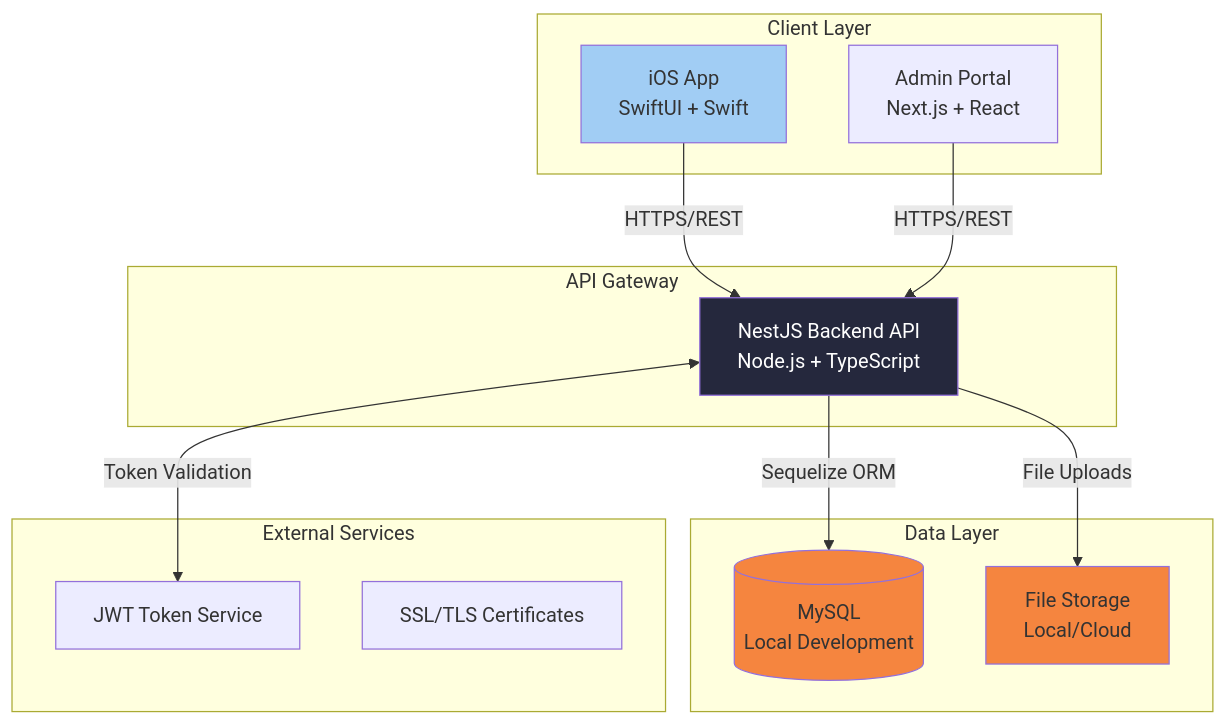
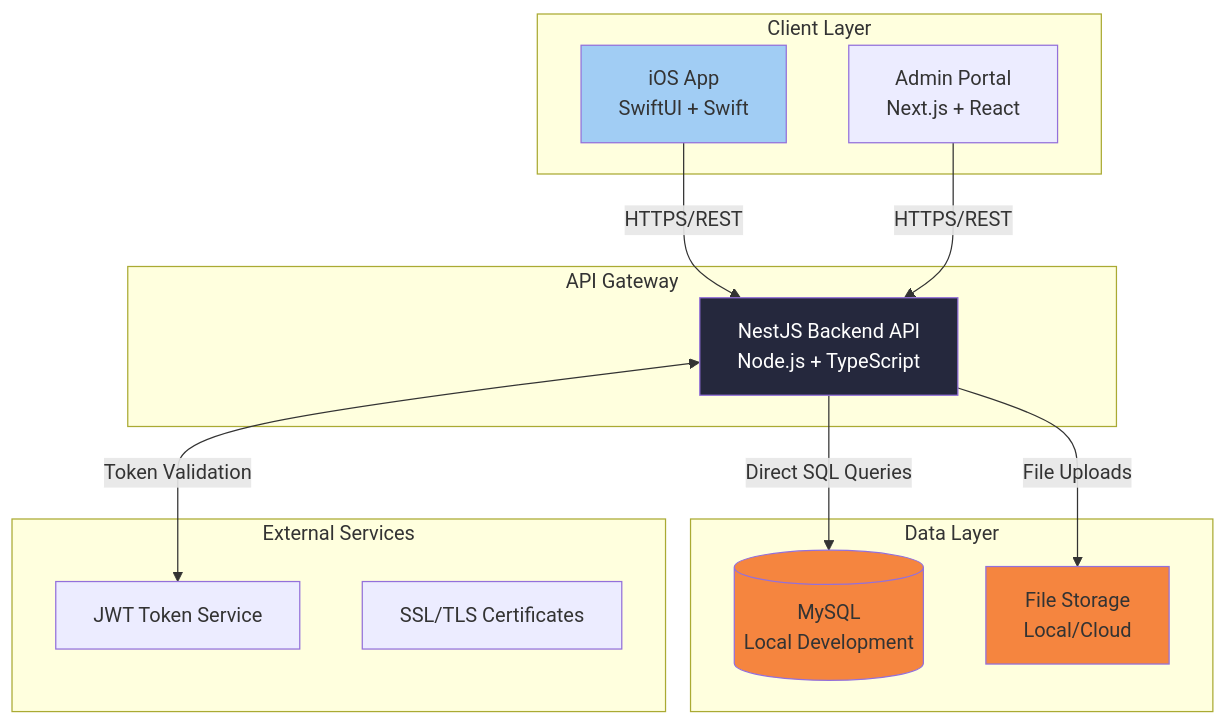
Before and after one commit to 2003gdb/bmad-cyber-report: the diagram in docs/architecture/high-level-architecture.md, drawn with Mermaid. The commit also changed other lines of this file and 62 other files, not shown here.

````diff
--- a/docs/architecture/high-level-architecture.md
+++ b/docs/architecture/high-level-architecture.md
@@ -33,35 +35,35 @@
 ```mermaid
 graph TB
     subgraph "Client Layer"
         iOS[iOS App<br/>SwiftUI + Swift]
         Admin[Admin Portal<br/>Next.js + React]
     end
     
     subgraph "API Gateway"
         NestJS[NestJS Backend API<br/>Node.js + TypeScript]
     end
     
     subgraph "Data Layer"
         SQL[(MySQL<br/>Local Development)]
         Files[File Storage<br/>Local/Cloud]
     end
     
     subgraph "External Services"
         JWT[JWT Token Service]
         SSL[SSL/TLS Certificates]
     end
     
     iOS -->|HTTPS/REST| NestJS
     Admin -->|HTTPS/REST| NestJS
-    NestJS -->|Sequelize ORM| SQL
+    NestJS -->|Direct SQL Queries| SQL
     NestJS -->|File Uploads| Files
     NestJS <-->|Token Validation| JWT
     
     classDef mobile fill:#A1CDF4
     classDef api fill:#25283D,color:#fff
     classDef data fill:#F5853F
     
     class iOS mobile
     class NestJS api
     class SQL,Files data
 ```
````
